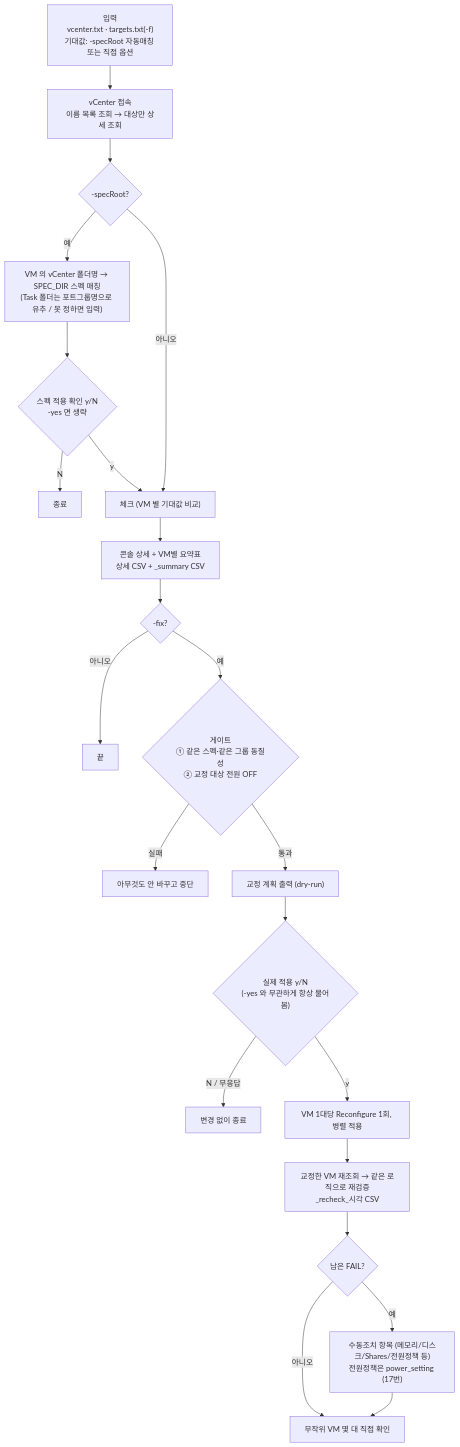
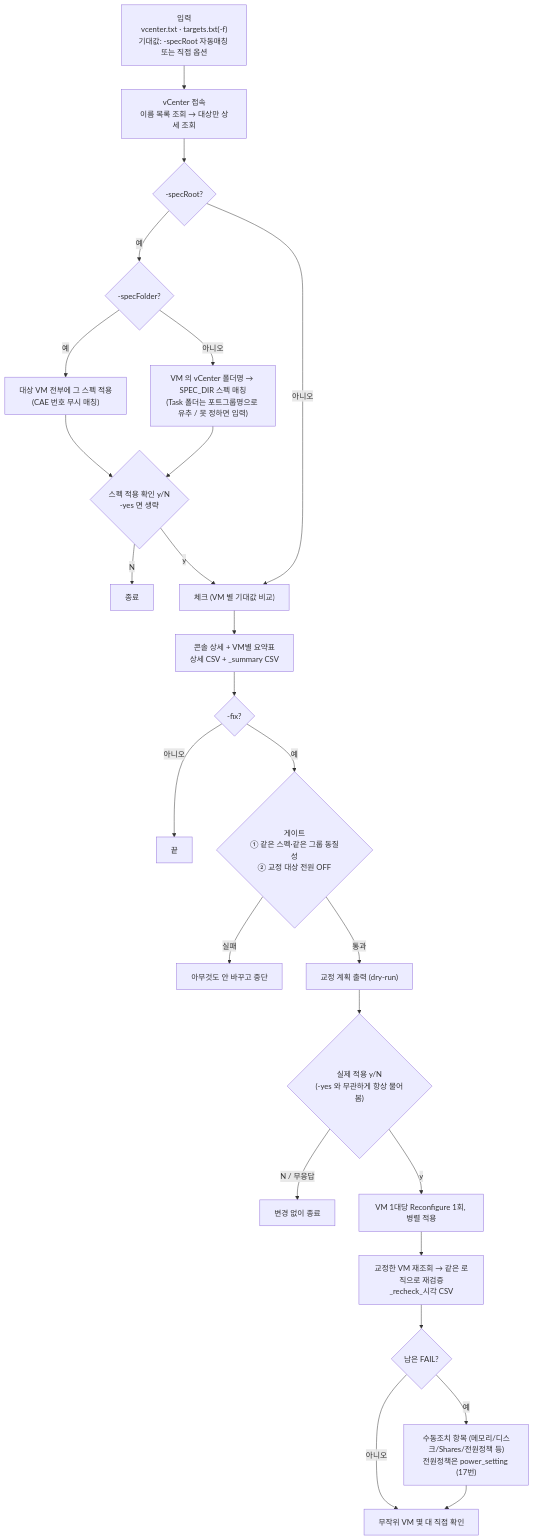
The diagram in .claude/VM/인수인계/11_vm-param-check.md (qazx2675/myrepo), drawn with Mermaid before and after one commit. The commit also changed other lines of this file and 15 other files, not shown here.

````diff
--- a/.claude/VM/인수인계/11_vm-param-check.md
+++ b/.claude/VM/인수인계/11_vm-param-check.md
@@ -51,24 +57,31 @@
 ```mermaid
 flowchart TD
     A["입력<br/>vcenter.txt · targets.txt(-f)<br/>기대값: -specRoot 자동매칭 또는 직접 옵션"] --> B["vCenter 접속<br/>이름 목록 조회 → 대상만 상세 조회"]
     B --> C{"-specRoot?"}
-    C -- 예 --> D["VM 의 vCenter 폴더명 → SPEC_DIR 스펙 매칭<br/>(Task 폴더는 포트그룹명으로 유추 / 못 정하면 입력)"]
+    C -- 예 --> C1{"-specFolder?"}
+    C1 -- 예 --> D4["대상 VM 전부에 그 스펙 적용<br/>(CAE 번호 무시 매칭)"] --> D1
+    C1 -- 아니오 --> D["VM 의 vCenter 폴더명 → SPEC_DIR 스펙 매칭<br/>(Task 폴더는 포트그룹명으로 유추 / 못 정하면 입력)"]
     D --> D1{"스펙 적용 확인 y/N<br/>-yes 면 생략"}
     D1 -- N --> Z0["종료"]
     D1 -- y --> E
     C -- 아니오 --> E["체크 (VM 별 기대값 비교)"]
     E --> F["콘솔 상세 + VM별 요약표<br/>상세 CSV + _summary CSV"]
     F --> G{"-fix?"}
     G -- 아니오 --> Z1["끝"]
     G -- 예 --> H{"게이트<br/>① 같은 스펙·같은 그룹 동질성<br/>② 교정 대상 전원 OFF"}
     H -- 실패 --> Z2["아무것도 안 바꾸고 중단"]
     H -- 통과 --> I["교정 계획 출력 (dry-run)"]
     I --> J{"실제 적용 y/N<br/>(-yes 와 무관하게 항상 물어봄)"}
     J -- N / 무응답 --> Z3["변경 없이 종료"]
     J -- y --> K["VM 1대당 Reconfigure 1회, 병렬 적용"]
     K --> L["교정한 VM 재조회 → 같은 로직으로 재검증<br/>_recheck_시각 CSV"]
     L --> M{"남은 FAIL?"}
     M -- 예 --> N["수동조치 항목 (메모리/디스크/Shares/전원정책 등)<br/>전원정책은 power_setting (17번)"]
     M -- 아니오 --> O["무작위 VM 몇 대 직접 확인"]
     N --> O
+    class A input
+    class K,L change
+    class D1,H,J gate
+    class Z2,N warn
+    class Z0,Z1,Z3,O safe
 ```
````
